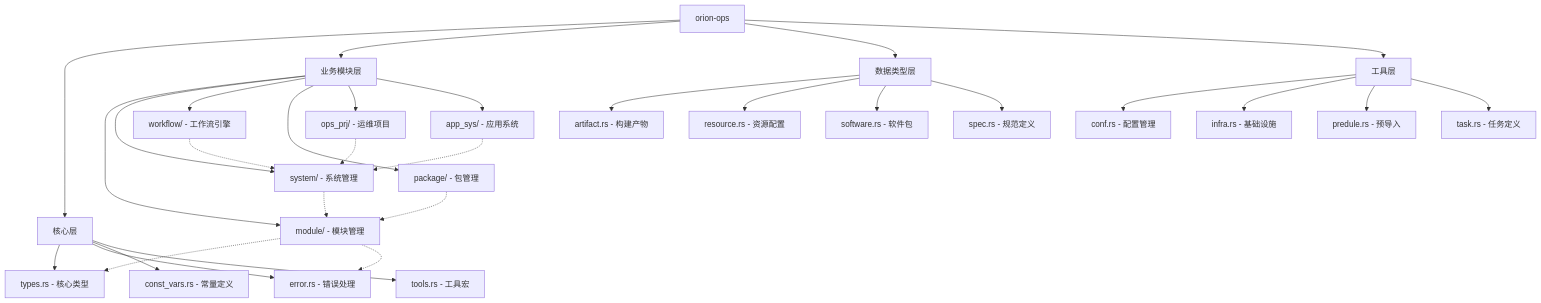
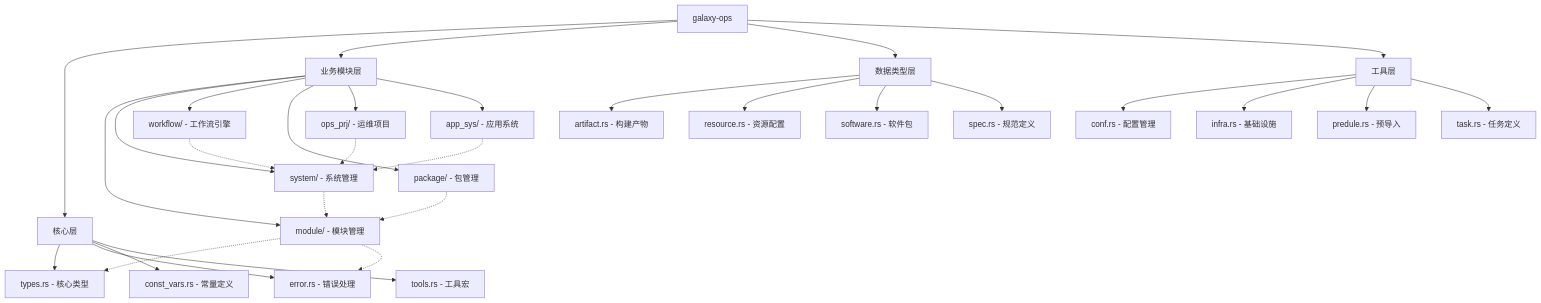
The diagram in src/README.md (galaxy-sec/orion-ops), drawn with Mermaid before and after one commit. The commit also changed other lines of this file and 26 other files, not shown here.

Commit message:
rename orion-ops -> galaxy-ops

````diff
--- a/src/README.md
+++ b/src/README.md
@@ -10,38 +10,38 @@
 ```mermaid
 graph TD
-    A[orion-ops] --> B[核心层]
+    A[galaxy-ops] --> B[核心层]
     A --> C[业务模块层]
     A --> D[数据类型层]
     A --> E[工具层]
     
     B --> B1[types.rs - 核心类型]
     B --> B2[error.rs - 错误处理]
     B --> B3[const_vars.rs - 常量定义]
     B --> B4[tools.rs - 工具宏]
     
     C --> C1[module/ - 模块管理]
     C --> C2[system/ - 系统管理]
     C --> C3[workflow/ - 工作流引擎]
     C --> C4[package/ - 包管理]
     C --> C5[ops_prj/ - 运维项目]
     C --> C6[app_sys/ - 应用系统]
     
     D --> D1[artifact.rs - 构建产物]
     D --> D2[resource.rs - 资源配置]
     D --> D3[software.rs - 软件包]
     D --> D4[spec.rs - 规范定义]
     
     E --> E1[conf.rs - 配置管理]
     E --> E2[infra.rs - 基础设施]
     E --> E3[predule.rs - 预导入]
     E --> E4[task.rs - 任务定义]
 
     %% 模块间依赖关系
     C1 -.-> B1
     C1 -.-> B2
     C2 -.-> C1
     C3 -.-> C2
     C4 -.-> C1
     C5 -.-> C2
     C6 -.-> C2
 ```
````
